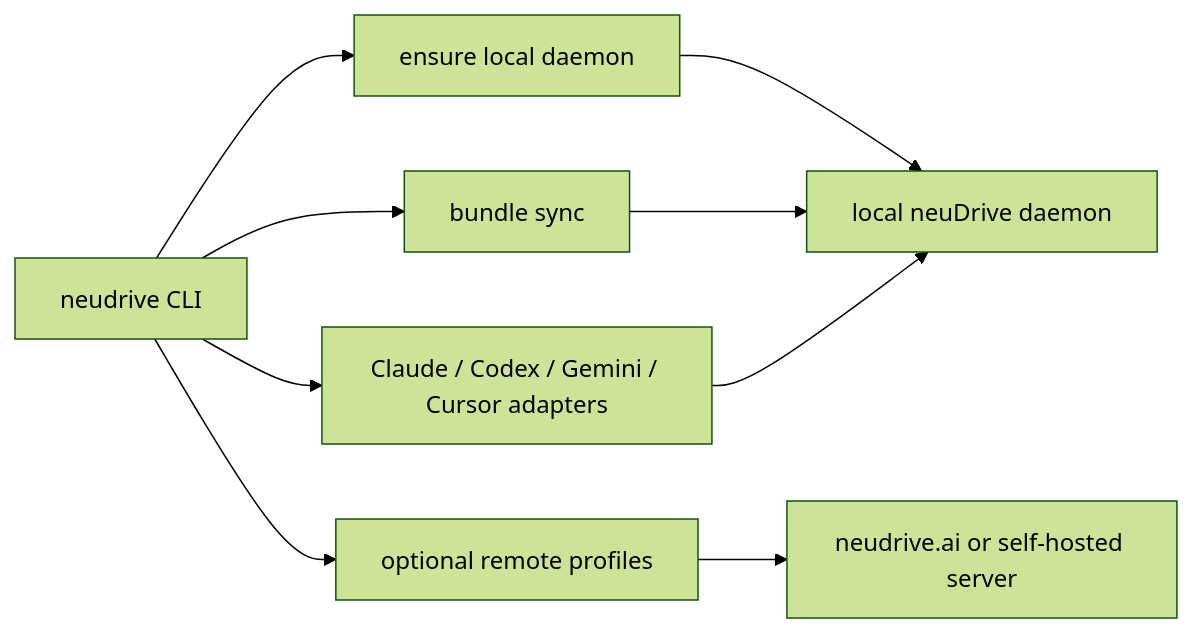
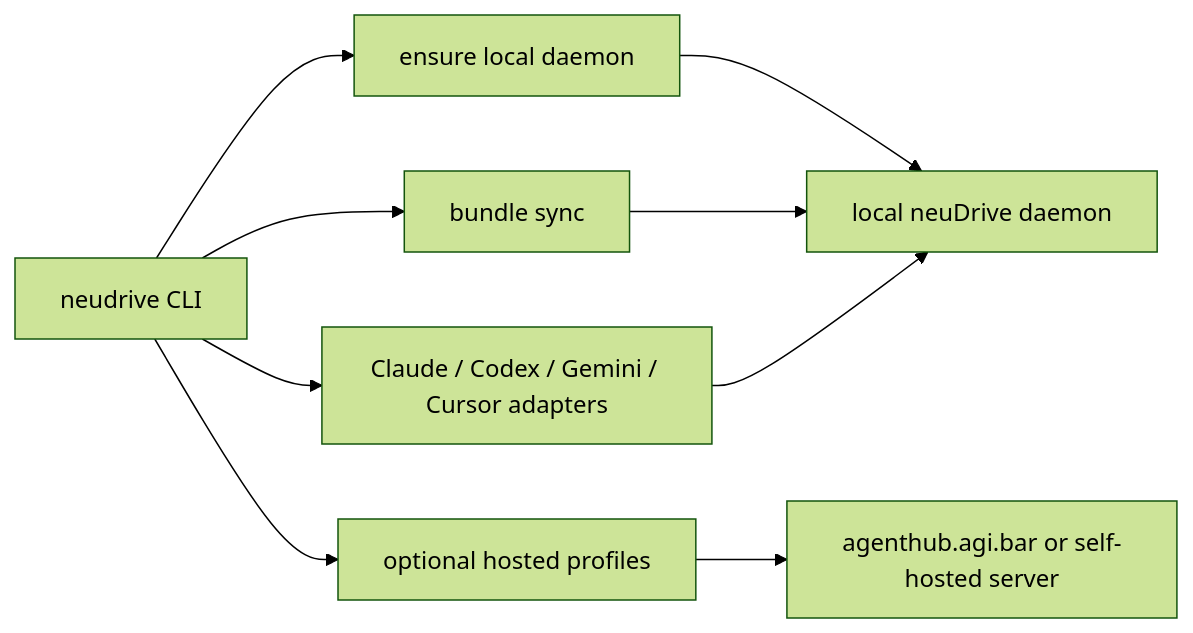
One commit to agi-bar/neuDrive changed the diagram in docs/design.md. Above: the diagram before and after it, drawn with Mermaid (forest theme). The commit also changed other lines of this file and 20 other files, not shown here.

Commit message:
feat: unify hosted login and target profiles

````diff
--- a/docs/design.md
+++ b/docs/design.md
@@ -48,11 +48,11 @@
 ```mermaid
 flowchart LR
     CLI["neudrive CLI"] --> Ensure["ensure local daemon"]
     Ensure --> Local["local neuDrive daemon"]
     CLI --> Platforms["Claude / Codex / Gemini / Cursor adapters"]
     CLI --> Sync["bundle sync"]
     Sync --> Local
-    CLI --> Remote["optional remote profiles"]
-    Remote --> Hosted["neudrive.ai or self-hosted server"]
+    CLI --> Remote["optional hosted profiles"]
+    Remote --> Hosted["agenthub.agi.bar or self-hosted server"]
     Platforms --> Local
 ```
````
